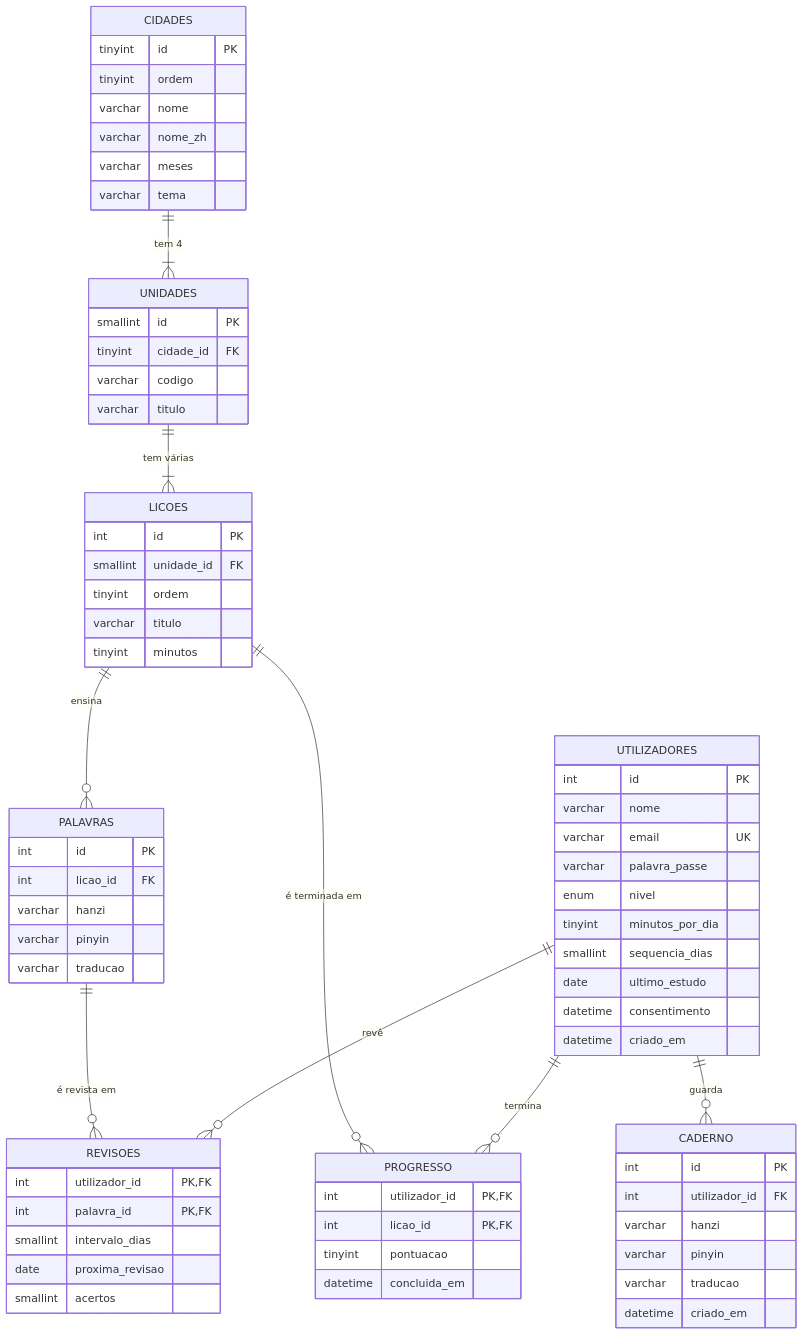
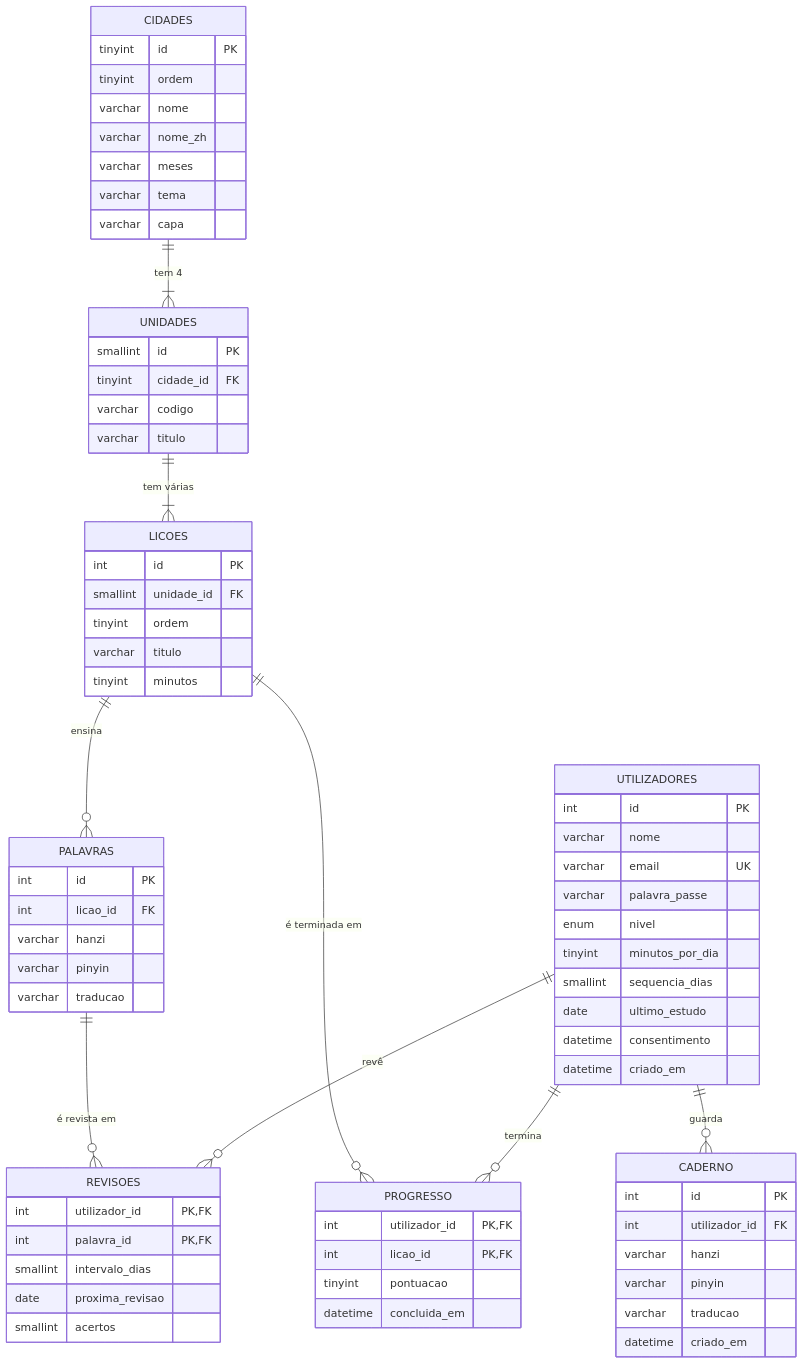
One commit to SCCPScar/MandarinCourse changed the diagram in docs/base-de-dados.md. Above: the diagram before and after it, drawn with Mermaid. The commit also changed other lines of this file and 17 other files, not shown here.

````diff
--- a/docs/base-de-dados.md
+++ b/docs/base-de-dados.md
@@ -18,73 +18,74 @@
 ```mermaid
 erDiagram
     CIDADES   ||--|{ UNIDADES  : "tem 4"
     UNIDADES  ||--|{ LICOES    : "tem várias"
     LICOES    ||--o{ PALAVRAS  : "ensina"
     UTILIZADORES  ||--o{ PROGRESSO : "termina"
     LICOES    ||--o{ PROGRESSO : "é terminada em"
     UTILIZADORES  ||--o{ REVISOES  : "revê"
     PALAVRAS  ||--o{ REVISOES  : "é revista em"
     UTILIZADORES  ||--o{ CADERNO   : "guarda"
 
     UTILIZADORES {
         int id PK
         varchar nome
         varchar email UK
         varchar palavra_passe
         enum nivel
         tinyint minutos_por_dia
         smallint sequencia_dias
         date ultimo_estudo
         datetime consentimento
         datetime criado_em
     }
     CIDADES {
         tinyint id PK
         tinyint ordem
         varchar nome
         varchar nome_zh
         varchar meses
         varchar tema
+        varchar capa
     }
     UNIDADES {
         smallint id PK
         tinyint cidade_id FK
         varchar codigo
         varchar titulo
     }
     LICOES {
         int id PK
         smallint unidade_id FK
         tinyint ordem
         varchar titulo
         tinyint minutos
     }
     PALAVRAS {
         int id PK
         int licao_id FK
         varchar hanzi
         varchar pinyin
         varchar traducao
     }
     PROGRESSO {
         int utilizador_id PK, FK
         int licao_id PK, FK
         tinyint pontuacao
         datetime concluida_em
     }
     REVISOES {
         int utilizador_id PK, FK
         int palavra_id PK, FK
         smallint intervalo_dias
         date proxima_revisao
         smallint acertos
     }
     CADERNO {
         int id PK
         int utilizador_id FK
         varchar hanzi
         varchar pinyin
         varchar traducao
         datetime criado_em
     }
 ```
````
